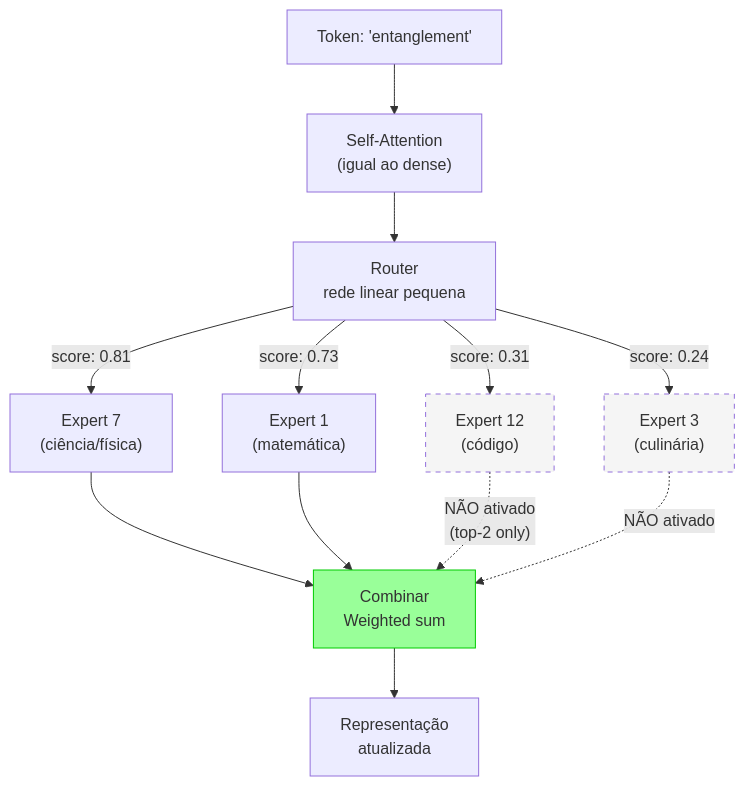
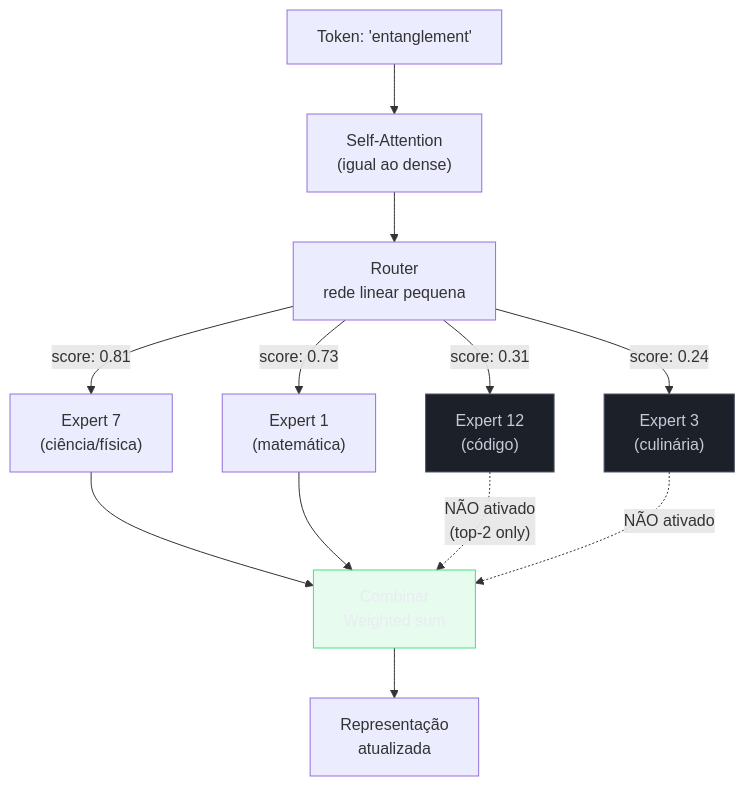
The second of 4 diagrams in 03-Dominios/Tecnologia/IA/Anatomia dos LLMs/09 - Dense vs Mixture-of-Experts.md (josenaldo/codex-technomanticus), drawn with Mermaid before and after one commit. The commit also changed other lines of this file and 1181 other files, not shown here.

First line of the commit message:
fix(diagramas): paleta do sistema no lugar de cor cravada no markdown

````diff
--- a/03-Dominios/Tecnologia/IA/Anatomia dos LLMs/09 - Dense vs Mixture-of-Experts.md
+++ b/03-Dominios/Tecnologia/IA/Anatomia dos LLMs/09 - Dense vs Mixture-of-Experts.md
@@ -74,17 +75,19 @@
 ```mermaid
 graph TD
+    classDef neutro fill:#1B2029,stroke:#4E5666,color:#C6CCD8
+    classDef ok fill:#4ADE8021,stroke:#4ADE80,color:#E9ECF2
     A["Token: 'entanglement'"] --> B["Self-Attention\n(igual ao dense)"]
     B --> C["Router\nrede linear pequena"]
     C -- "score: 0.81" --> D["Expert 7\n(ciência/física)"]
     C -- "score: 0.73" --> E["Expert 1\n(matemática)"]
     C -- "score: 0.31" --> F["Expert 12\n(código)"]
     C -- "score: 0.24" --> G["Expert 3\n(culinária)"]
     D --> H["Combinar\nWeighted sum"]
     E --> H
     H --> I["Representação\natualizada"]
     F -. "NÃO ativado\n(top-2 only)" .-> H
     G -. "NÃO ativado" .-> H
-    style F stroke-dasharray: 5 5,fill:#f5f5f5
-    style G stroke-dasharray: 5 5,fill:#f5f5f5
-    style H fill:#99ff99,stroke:#00cc00
+    class F neutro
+    class G neutro
+    class H ok
 ```
````
